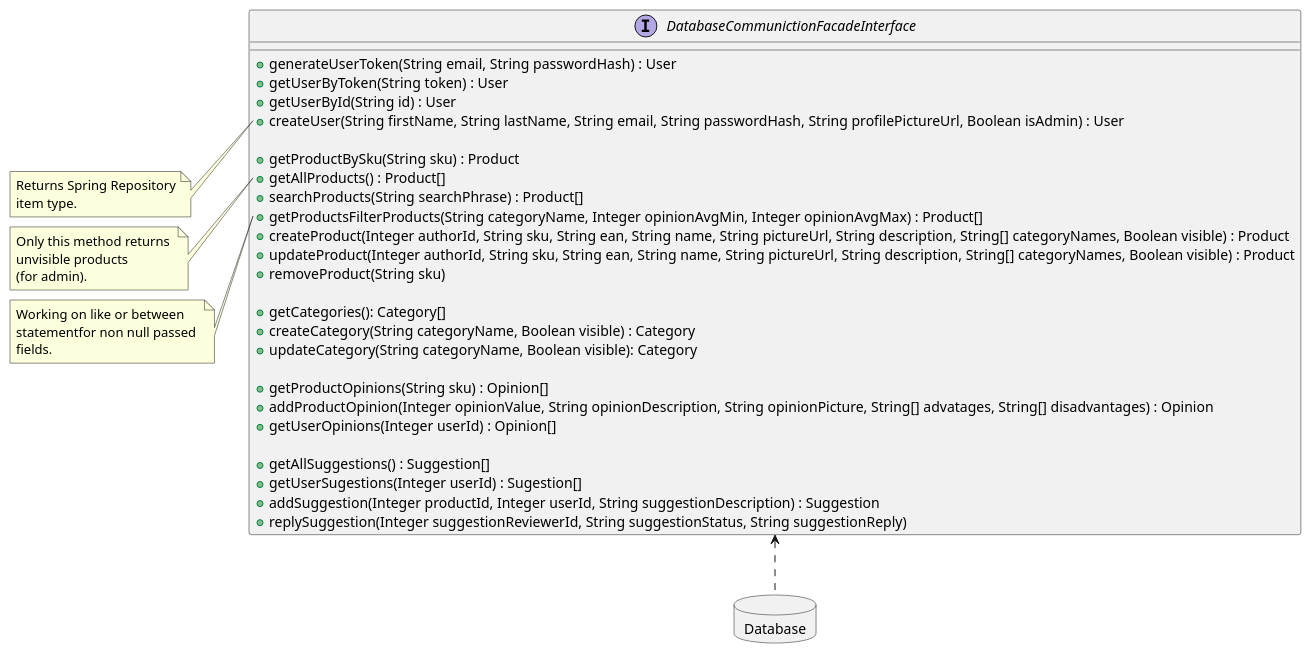
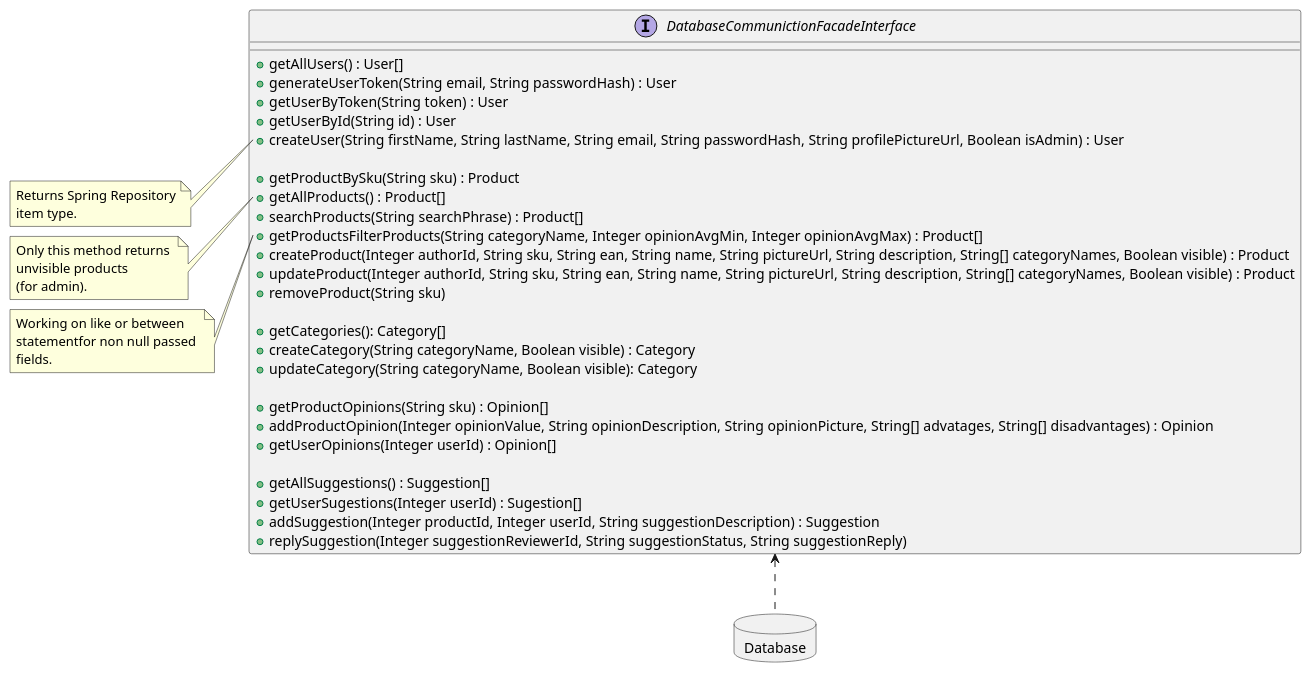
Before and after one commit to RadekBucki/OpinionCollectorArchitecture: the diagram in backend/BackendDatabaseCommunication.md, drawn with PlantUML. The commit also changed 1 other file, not shown here.

Commit message:
Add get all users

````diff
--- a/backend/BackendDatabaseCommunication.md
+++ b/backend/BackendDatabaseCommunication.md
@@ -3,54 +3,55 @@
 ```plantuml
 @startuml
 DatabaseCommunictionFacadeInterface <.. Database
 
 database Database {
 }
 
 interface DatabaseCommunictionFacadeInterface {
+    + getAllUsers() : User[]
     + generateUserToken(String email, String passwordHash) : User
     + getUserByToken(String token) : User
     + getUserById(String id) : User
     + createUser(String firstName, String lastName, String email, String passwordHash, String profilePictureUrl, Boolean isAdmin) : User
     
     + getProductBySku(String sku) : Product
     + getAllProducts() : Product[]
     + searchProducts(String searchPhrase) : Product[]
     + getProductsFilterProducts(String categoryName, Integer opinionAvgMin, Integer opinionAvgMax) : Product[]
     + createProduct(Integer authorId, String sku, String ean, String name, String pictureUrl, String description, String[] categoryNames, Boolean visible) : Product
     + updateProduct(Integer authorId, String sku, String ean, String name, String pictureUrl, String description, String[] categoryNames, Boolean visible) : Product
     + removeProduct(String sku)
     
     + getCategories(): Category[]
     + createCategory(String categoryName, Boolean visible) : Category
     + updateCategory(String categoryName, Boolean visible): Category
     
     + getProductOpinions(String sku) : Opinion[]
     + addProductOpinion(Integer opinionValue, String opinionDescription, String opinionPicture, String[] advatages, String[] disadvantages) : Opinion
     + getUserOpinions(Integer userId) : Opinion[]
     
     + getAllSuggestions() : Suggestion[]
     + getUserSugestions(Integer userId) : Sugestion[]
     + addSuggestion(Integer productId, Integer userId, String suggestionDescription) : Suggestion
     + replySuggestion(Integer suggestionReviewerId, String suggestionStatus, String suggestionReply)
 }
 
 note left of DatabaseCommunictionFacadeInterface::createUser
     Returns Spring Repository
     item type.
 endnote
 
 note left of DatabaseCommunictionFacadeInterface::getAllProducts
     Only this method returns 
     unvisible products
     (for admin).
 endnote
 
 note left of DatabaseCommunictionFacadeInterface::getProductsFilterProducts
     Working on like or between 
     statementfor non null passed 
     fields.
 endnote
 
 @enduml 
 ```
````
